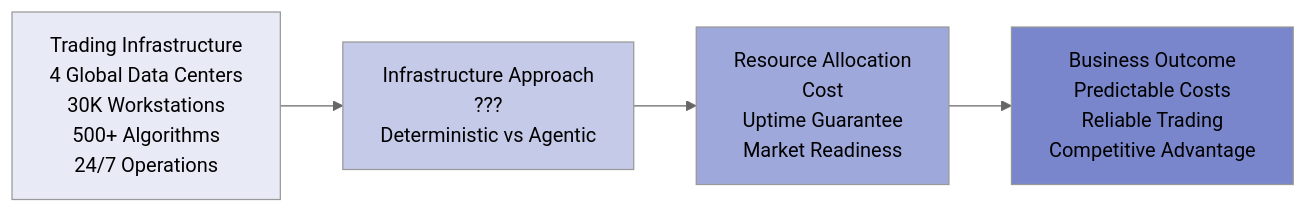
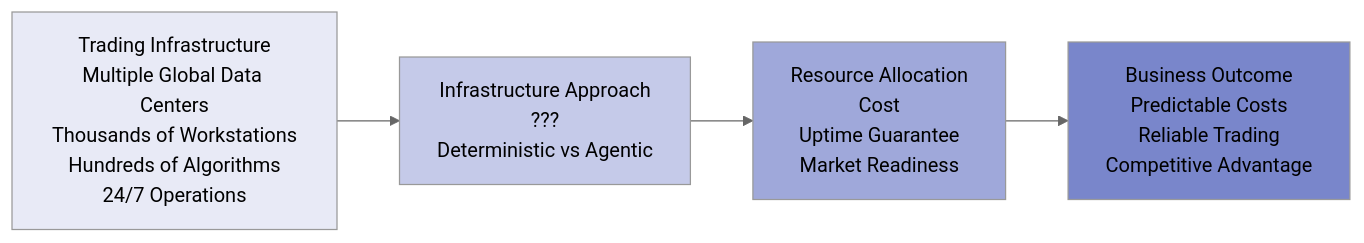
One commit to whatevergeek/agentic_vs_deterministic changed the fourth of 6 diagrams in debate_shortlisted_topics_slide_prep-topic4&6-usecase-set04-v2.md. Above: the diagram before and after it, drawn with Mermaid (neutral theme). The commit also changed other lines of this file, not shown here.

````diff
--- a/debate_shortlisted_topics_slide_prep-topic4&6-usecase-set04-v2.md
+++ b/debate_shortlisted_topics_slide_prep-topic4&6-usecase-set04-v2.md
@@ -166,11 +166,11 @@
 ```mermaid
 graph LR
-    A["Trading Infrastructure<br/>4 Global Data Centers<br/>30K Workstations<br/>500+ Algorithms<br/>24/7 Operations"] --> B["Infrastructure Approach<br/>???<br/>Deterministic vs Agentic"]
+    A["Trading Infrastructure<br/>Multiple Global Data Centers<br/>Thousands of Workstations<br/>Hundreds of Algorithms<br/>24/7 Operations"] --> B["Infrastructure Approach<br/>???<br/>Deterministic vs Agentic"]
     B --> C["Resource Allocation<br/>Cost<br/>Uptime Guarantee<br/>Market Readiness"]
     C --> D["Business Outcome<br/>Predictable Costs<br/>Reliable Trading<br/>Competitive Advantage"]
     
     style A fill:#e8eaf6
     style B fill:#c5cae9
     style C fill:#9fa8da
     style D fill:#7986cb
 ```
````
